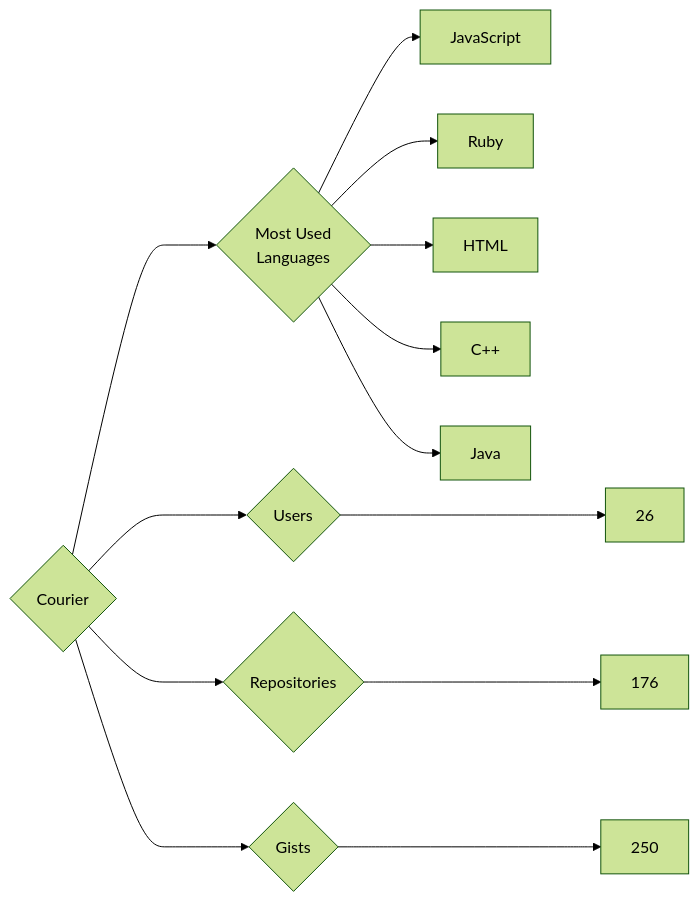
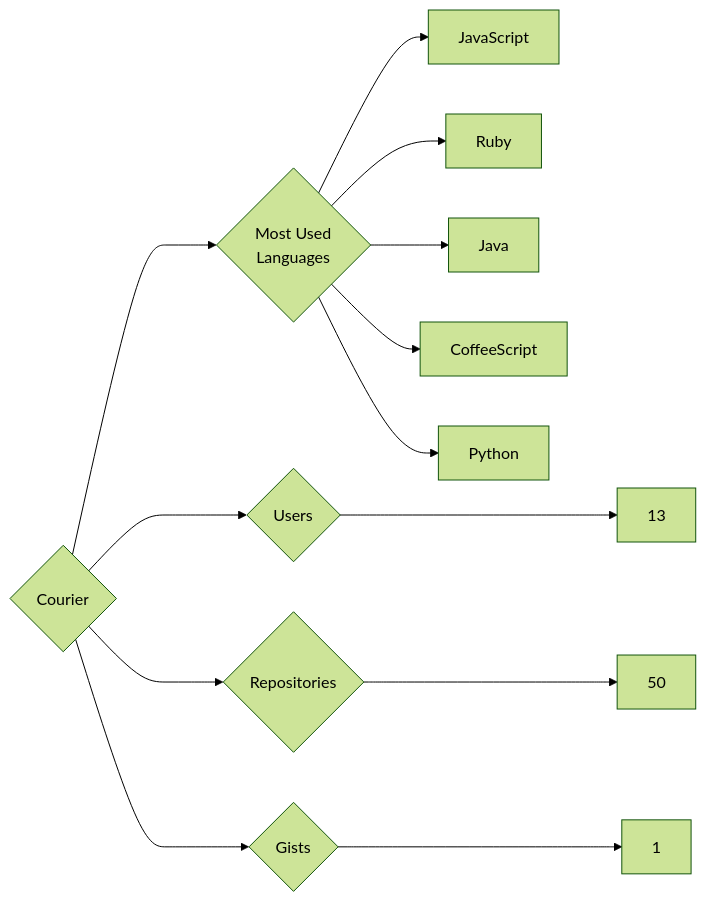
Before and after one commit to trickest/insiders: the diagram in targets/Courier/README.md, drawn with Mermaid (forest theme). The commit also changed 888 other files, not shown here.

````diff
--- a/targets/Courier/README.md
+++ b/targets/Courier/README.md
@@ -3,13 +3,13 @@
 ```mermaid
 graph LR
 COMPANY_NAME{Courier}
-COMPANY_NAME ---> U{Users} ---> UN[26]
-COMPANY_NAME ---> R{Repositories} ---> RN[176]
-COMPANY_NAME ---> G{Gists} ---> GN[250]
+COMPANY_NAME ---> U{Users} ---> UN[13]
+COMPANY_NAME ---> R{Repositories} ---> RN[50]
+COMPANY_NAME ---> G{Gists} ---> GN[1]
 COMPANY_NAME ---> ML{Most Used<br>Languages}
 ML --> JavaScript[JavaScript]
 ML --> Ruby[Ruby]
-ML --> HTML[HTML]
-ML --> C++[C++]
 ML --> Java[Java]
+ML --> CoffeeScript[CoffeeScript]
+ML --> Python[Python]
 ```
````
